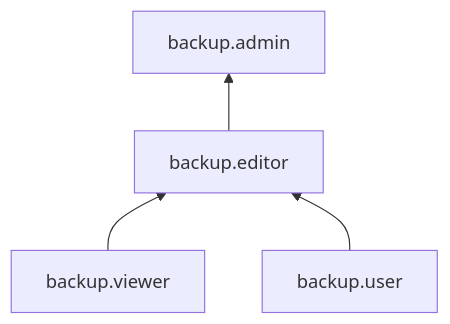
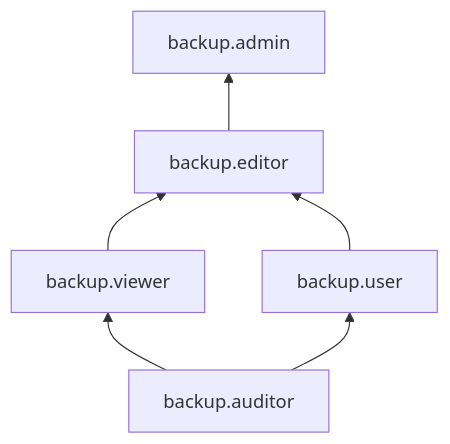
The diagram in ru/_mermaid/roles/backup.md (yandex-cloud/docs), drawn with Mermaid before and after one commit. The commit also changed 506 other files, not shown here.

````diff
--- a/ru/_mermaid/roles/backup.md
+++ b/ru/_mermaid/roles/backup.md
@@ -1,6 +1,8 @@
 ```mermaid
 flowchart BT
+    backup.auditor --> backup.viewer
+    backup.auditor --> backup.user
     backup.viewer --> backup.editor
     backup.user --> backup.editor
     backup.editor --> backup.admin
 ```
````
